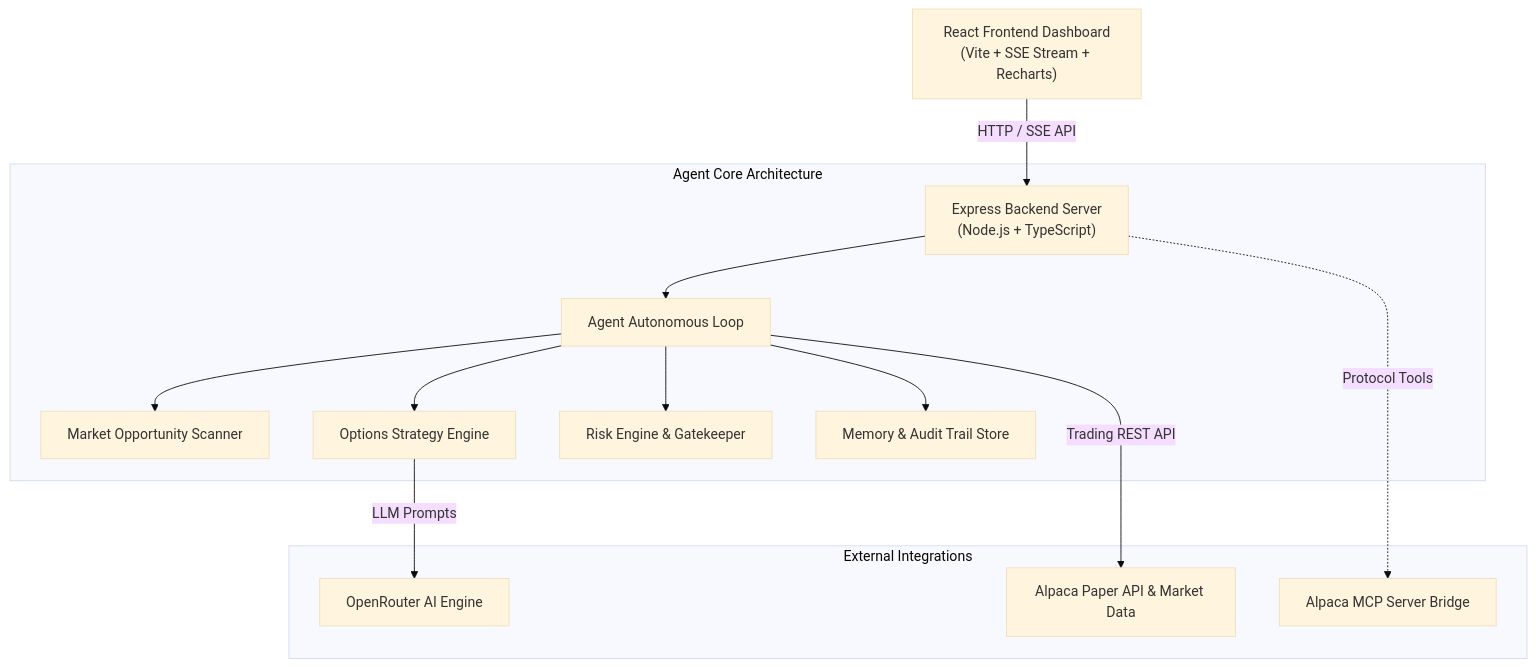
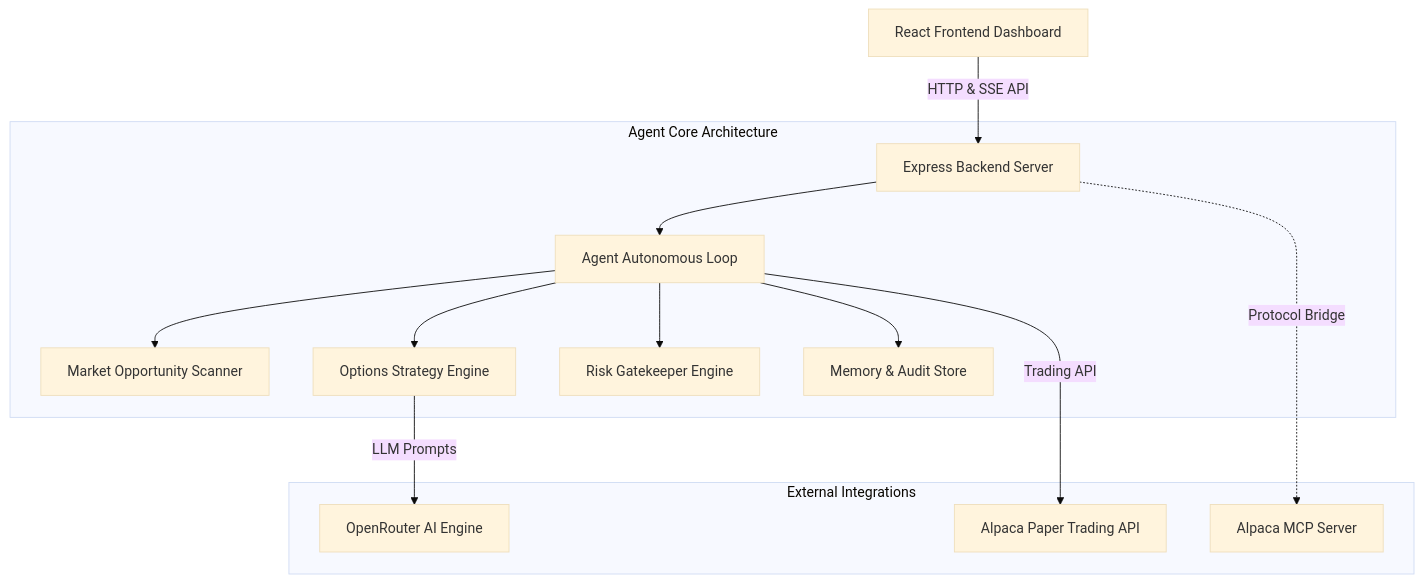
Before and after one commit to rajeevkush1/alpaca_hacks: the first of 2 diagrams in README.md, drawn with Mermaid (base theme). The commit also changed other lines of this file, not shown here.

Commit message:
fix: streamline Mermaid diagrams to ensure universal markdown preview rendering

````diff
--- a/README.md
+++ b/README.md
@@ -43,18 +43,18 @@
 ```mermaid
-graph TD
-    UI["React Frontend Dashboard<br/>(Vite + SSE Stream + Recharts)"] -->|HTTP / SSE API| Server["Express Backend Server<br/>(Node.js + TypeScript)"]
+flowchart TD
+    UI["React Frontend Dashboard"] -->|HTTP & SSE API| Server["Express Backend Server"]
     
     subgraph Agent Core Architecture
         Server --> Loop["Agent Autonomous Loop"]
         Loop --> Scanner["Market Opportunity Scanner"]
         Loop --> Strategy["Options Strategy Engine"]
-        Loop --> Risk["Risk Engine & Gatekeeper"]
-        Loop --> Memory["Memory & Audit Trail Store"]
+        Loop --> Risk["Risk Gatekeeper Engine"]
+        Loop --> Memory["Memory & Audit Store"]
     end
 
     subgraph External Integrations
         Strategy -->|LLM Prompts| AI["OpenRouter AI Engine"]
-        Loop -->|Trading REST API| Alpaca["Alpaca Paper API & Market Data"]
-        Server -.->|Protocol Tools| MCP["Alpaca MCP Server Bridge"]
+        Loop -->|Trading API| Alpaca["Alpaca Paper Trading API"]
+        Server -.->|Protocol Bridge| MCP["Alpaca MCP Server"]
     end
 ```
````
